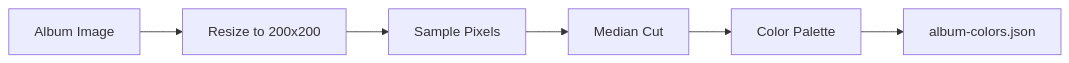
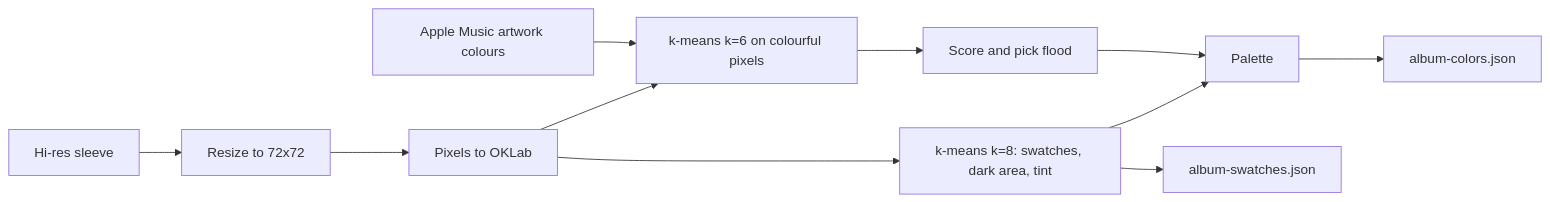
The second of 3 diagrams in docs/build-pipeline/asset-processing.md (russmckendrick/russ-fm), drawn with Mermaid before and after one commit. The commit also changed other lines of this file and 14 other files, not shown here.

Commit message:
📝 docs: document build-time sleeve colours and album-swatches.json

````diff
--- a/docs/build-pipeline/asset-processing.md
+++ b/docs/build-pipeline/asset-processing.md
@@ -105,8 +105,13 @@
 ```mermaid
 flowchart LR
-    Image[Album Image] --> Resize[Resize to 200x200]
-    Resize --> Sample[Sample Pixels]
-    Sample --> Quantize[Median Cut]
-    Quantize --> Palette[Color Palette]
+    Image[Hi-res sleeve] --> Resize[Resize to 72x72]
+    Resize --> Lab[Pixels to OKLab]
+    Lab --> Swatches[k-means k=8: swatches, dark area, tint]
+    Lab --> Candidates[k-means k=6 on colourful pixels]
+    Apple[Apple Music artwork colours] --> Candidates
+    Candidates --> Score[Score and pick flood]
+    Swatches --> Palette[Palette]
+    Score --> Palette
     Palette --> JSON[album-colors.json]
+    Swatches --> SW[album-swatches.json]
 ```
````
